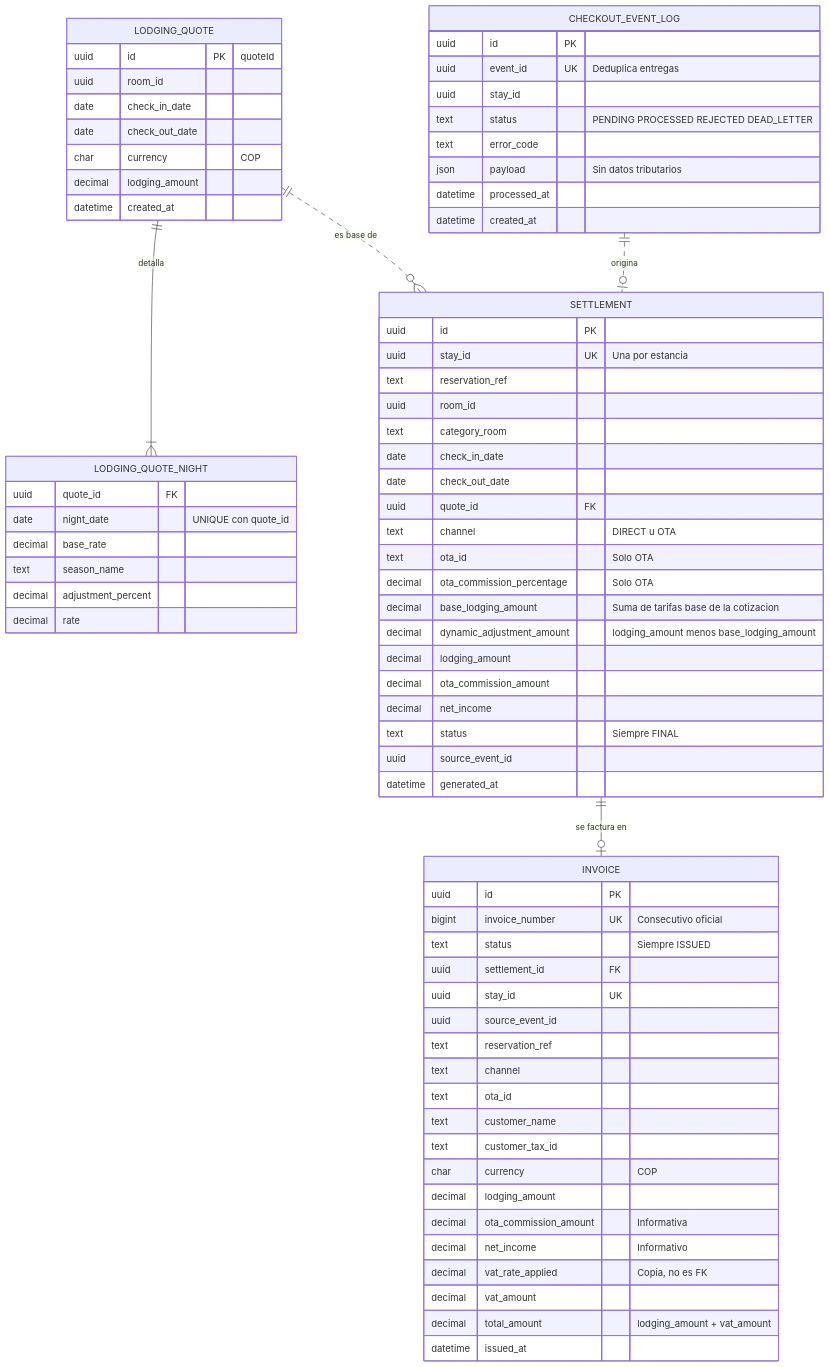
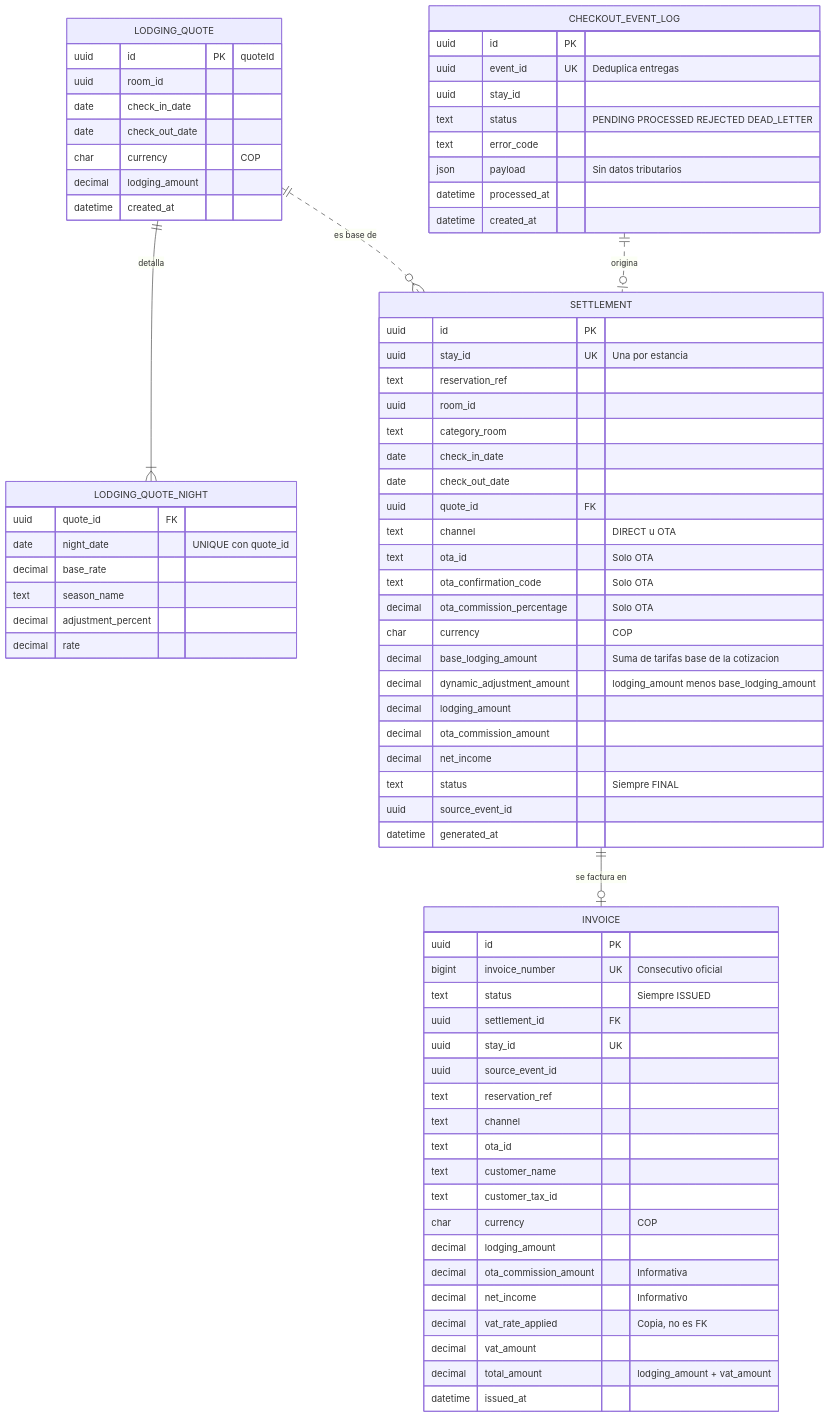
The second of 4 diagrams in docs/plan-tecnico-base.md (Proyect-Hospitua-Module-3/Hospitua-Module-3), drawn with Mermaid before and after one commit. The commit also changed 3 other files, not shown here.

````diff
--- a/docs/plan-tecnico-base.md
+++ b/docs/plan-tecnico-base.md
@@ -538,77 +538,79 @@
 ```mermaid
 erDiagram
     LODGING_QUOTE ||--|{ LODGING_QUOTE_NIGHT : "detalla"
     LODGING_QUOTE ||..o{ SETTLEMENT : "es base de"
     CHECKOUT_EVENT_LOG ||..o| SETTLEMENT : "origina"
     SETTLEMENT ||--o| INVOICE : "se factura en"
 
     LODGING_QUOTE {
         uuid id PK "quoteId"
         uuid room_id
         date check_in_date
         date check_out_date
         char currency "COP"
         decimal lodging_amount
         datetime created_at
     }
     LODGING_QUOTE_NIGHT {
         uuid quote_id FK
         date night_date "UNIQUE con quote_id"
         decimal base_rate
         text season_name
         decimal adjustment_percent
         decimal rate
     }
     CHECKOUT_EVENT_LOG {
         uuid id PK
         uuid event_id UK "Deduplica entregas"
         uuid stay_id
         text status "PENDING PROCESSED REJECTED DEAD_LETTER"
         text error_code
         json payload "Sin datos tributarios"
         datetime processed_at
         datetime created_at
     }
     SETTLEMENT {
         uuid id PK
         uuid stay_id UK "Una por estancia"
         text reservation_ref
         uuid room_id
         text category_room
         date check_in_date
         date check_out_date
         uuid quote_id FK
         text channel "DIRECT u OTA"
         text ota_id "Solo OTA"
+        text ota_confirmation_code "Solo OTA"
         decimal ota_commission_percentage "Solo OTA"
+        char currency "COP"
         decimal base_lodging_amount "Suma de tarifas base de la cotizacion"
         decimal dynamic_adjustment_amount "lodging_amount menos base_lodging_amount"
         decimal lodging_amount
         decimal ota_commission_amount
         decimal net_income
         text status "Siempre FINAL"
         uuid source_event_id
         datetime generated_at
     }
     INVOICE {
         uuid id PK
         bigint invoice_number UK "Consecutivo oficial"
         text status "Siempre ISSUED"
         uuid settlement_id FK
         uuid stay_id UK
         uuid source_event_id
         text reservation_ref
         text channel
         text ota_id
         text customer_name
         text customer_tax_id
         char currency "COP"
         decimal lodging_amount
         decimal ota_commission_amount "Informativa"
         decimal net_income "Informativo"
         decimal vat_rate_applied "Copia, no es FK"
         decimal vat_amount
         decimal total_amount "lodging_amount + vat_amount"
         datetime issued_at
     }
 ```
````
